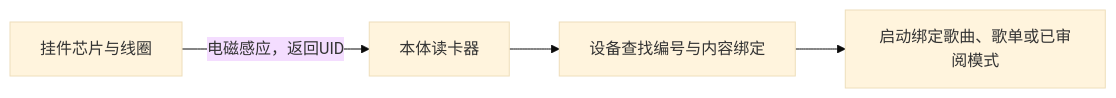
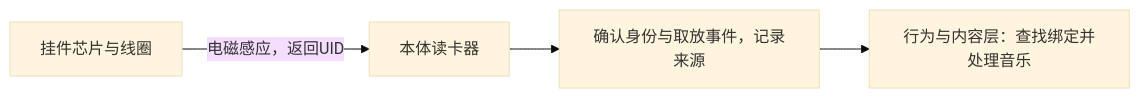
One commit to yigencong-1/record-companion changed the second of 4 diagrams in features/records/README.md. Above: the diagram before and after it, drawn with Mermaid (base theme). The commit also changed other lines of this file and 17 other files, not shown here.

````diff
--- a/features/records/README.md
+++ b/features/records/README.md
@@ -72,6 +124,6 @@
 ```mermaid
 flowchart LR
     T["挂件芯片与线圈"] -->|"电磁感应，返回UID"| R["本体读卡器"]
-    R --> B["设备查找编号与内容绑定"]
-    B --> P["启动绑定歌曲、歌单或已审阅模式"]
+    R --> E["确认身份与取放事件，记录来源"]
+    E --> B["行为与内容层：查找绑定并处理音乐"]
 ```
````
